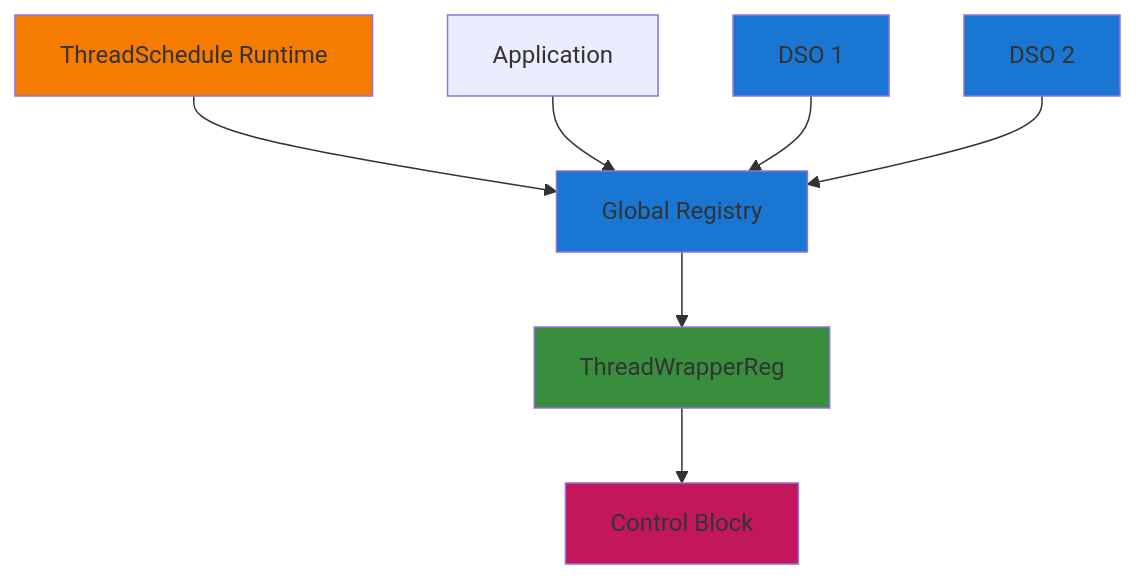
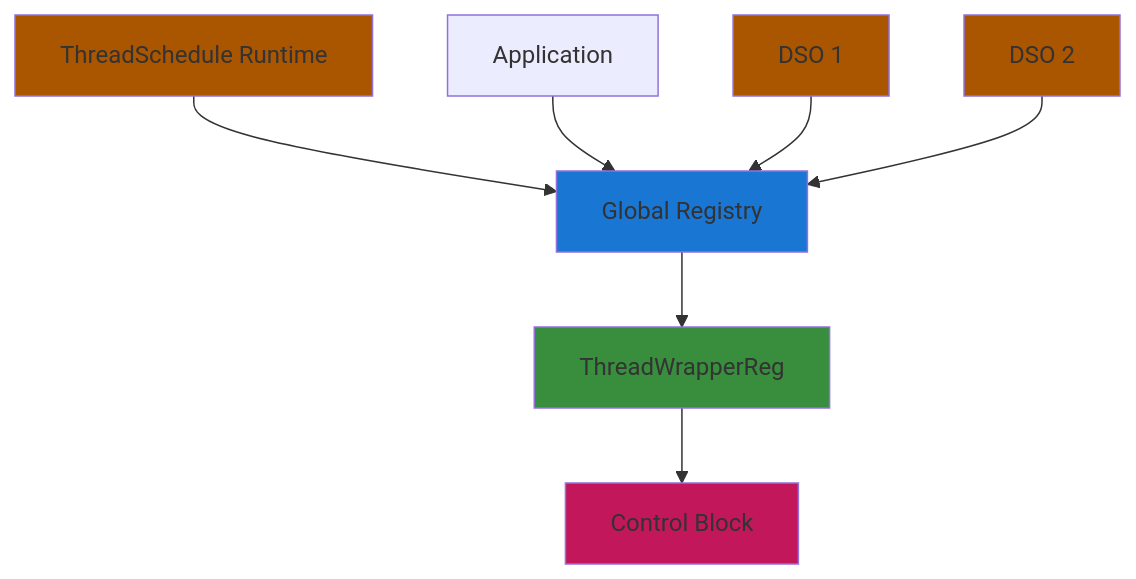
Before and after one commit to Katze719/ThreadSchedule: the fifth of 5 diagrams in docs/REGISTRY.md, drawn with Mermaid. The commit also changed other lines of this file, not shown here.

First line of the commit message:
Refactor REGISTRY.md diagrams to improve clarity and structure

````diff
--- a/docs/REGISTRY.md
+++ b/docs/REGISTRY.md
@@ -192,27 +200,29 @@
 ```mermaid
 graph TD
     RT["ThreadSchedule Runtime"]
     GR["Global Registry"]
     App3[Application]
     DSO3["DSO 1"]
     DSO4["DSO 2"]
     T6[ThreadWrapperReg]
     CB6["Control Block"]
 
     RT --> GR
     App3 --> GR
     DSO3 --> GR
     DSO4 --> GR
     GR --> T6
     T6 --> CB6
 
     classDef registry fill:#1976d2
+    classDef lib fill:#aa5500
     classDef controlBlock fill:#c2185b
     classDef wrapper fill:#388e3c
-    classDef runtime fill:#f57c00
+    classDef runtime fill:#aa5500
 
-    class GR,DSO3,DSO4 registry
+    class DSO3,DSO4 lib
+    class GR registry
     class CB6 controlBlock
     class T6 wrapper
     class RT runtime
 ```
````
